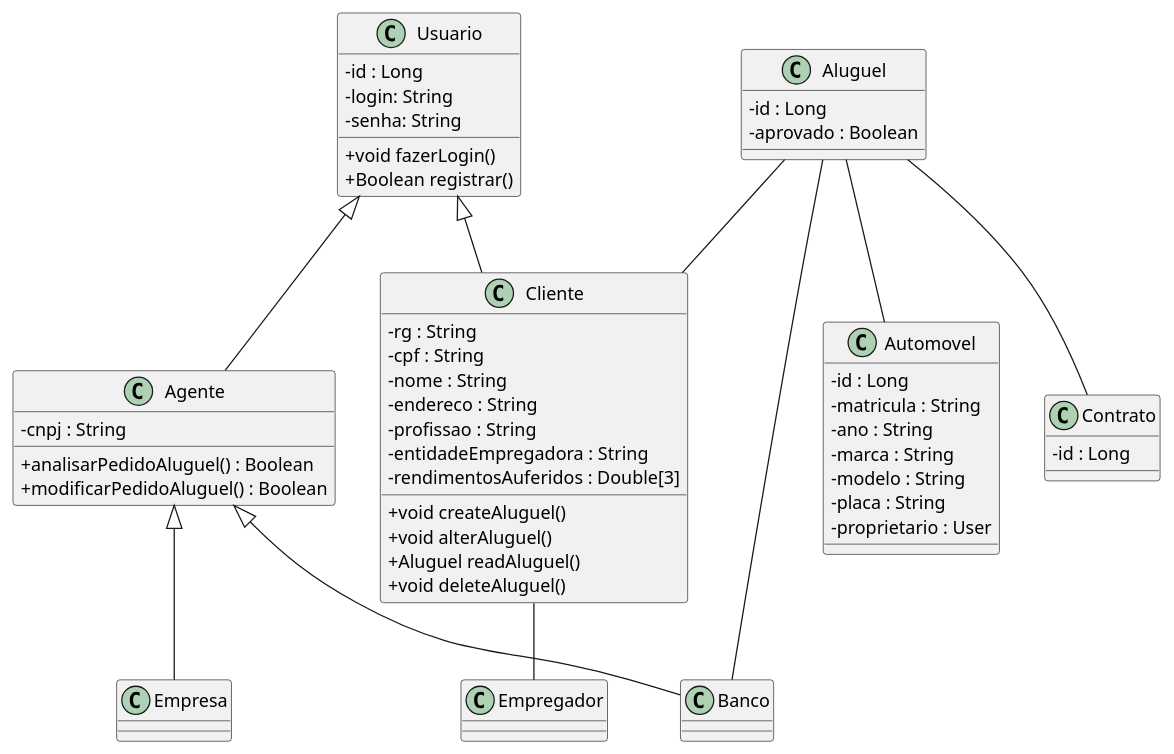
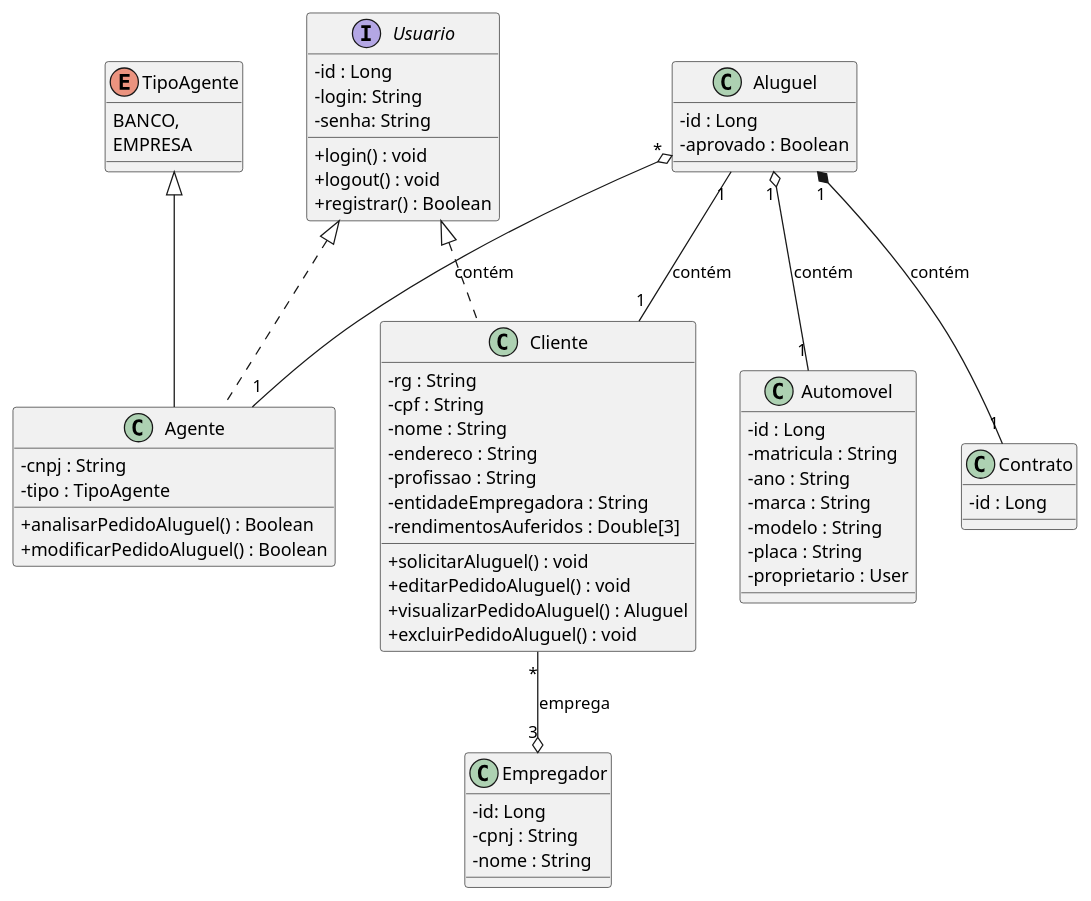
The diagram in project/docs/DiagramaDeClasse.puml (milenalara/sistema-de-aluguel-de-carros), drawn with PlantUML before and after one commit. The commit also changed 1 other file, not shown here.

Commit message:
versão atualizada do diagrama de classes

```diff
--- a/project/docs/DiagramaDeClasse.puml
+++ b/project/docs/DiagramaDeClasse.puml
@@ -1,71 +1,73 @@
 @startuml Diagrama
 skinparam classAttributeIconSize 0
 
-Usuario <|-- Agente
-Usuario <|-- Cliente
-Agente <|-- Empresa
-Agente <|-- Banco
-Aluguel -- Contrato
-Aluguel -- Cliente
-Aluguel -- Automovel
-Aluguel -- Banco
-Cliente -- Empregador
+Usuario <|.. Agente
+Usuario <|.. Cliente
+Aluguel "1" *-- "1" Contrato : contém
+Aluguel "1" -- "1" Cliente : contém
+Aluguel "1" o-- "1" Automovel : contém
+Aluguel "*" o-- "1" Agente : contém
+Cliente "*" --o "3" Empregador : emprega
+TipoAgente <|-- Agente
 
-class Usuario {
+interface Usuario {
     -id : Long
     -login: String
     -senha: String
-    +void fazerLogin()
-    +Boolean registrar()
+    +login() : void
+    +logout() : void
+    +registrar() : Boolean
 }
 
 class Cliente {
     -rg : String
     -cpf : String
     -nome : String
     -endereco : String
     -profissao : String
     -entidadeEmpregadora : String
     -rendimentosAuferidos : Double[3]
-    +void createAluguel()
-    +void alterAluguel()
-    +Aluguel readAluguel()
-    +void deleteAluguel()
+    +solicitarAluguel() : void
+    +editarPedidoAluguel() : void
+    +visualizarPedidoAluguel() : Aluguel
+    +excluirPedidoAluguel() : void
 }
 
 class Agente {
     -cnpj : String
+    -tipo : TipoAgente
     +analisarPedidoAluguel() : Boolean
     +modificarPedidoAluguel() : Boolean
 }
 
-class Empregador {
-
+enum TipoAgente{
+    BANCO,
+    EMPRESA
 }
 
-class Empresa {
-}
-
-class Banco {
+class Empregador {
+    -id: Long
+    -cpnj : String
+    -nome : String
 }
 
 class Aluguel {
     -id : Long
     -aprovado : Boolean
 }
 
 class Contrato {
     -id : Long
 }
 
 class Automovel {
     -id : Long
     -matricula : String
     -ano : String
     -marca : String
     -modelo : String
     -placa : String
     -proprietario : User
 }
 
 @enduml
```
